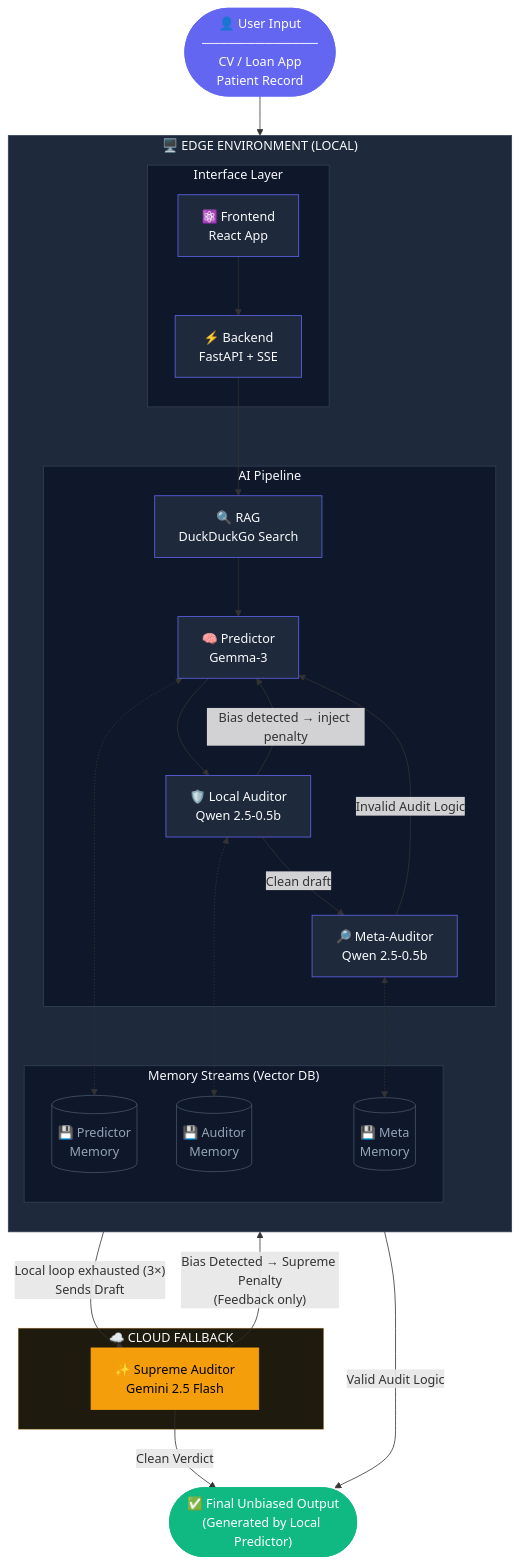
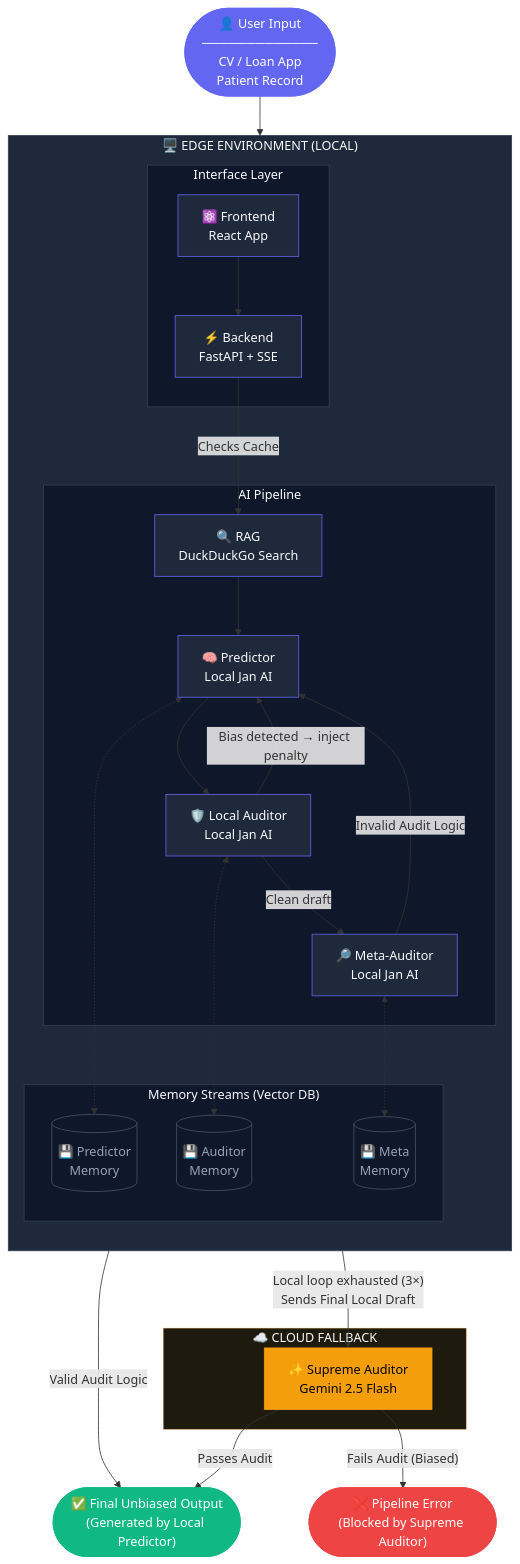
Before and after one commit to SayanSantra-t/unbaised_AI: the diagram in README.md, drawn with Mermaid.

````diff
--- a/README.md
+++ b/README.md
@@ -11,71 +11,74 @@
 ```mermaid
 flowchart TD
     User(["👤 User Input\n─────────────\nCV / Loan App\nPatient Record"])
 
     subgraph EDGE["🖥️ EDGE ENVIRONMENT (LOCAL)"]
         direction TB
 
         subgraph UI["Interface Layer"]
             FE["⚛️ Frontend\nReact App"]
             BE["⚡ Backend\nFastAPI + SSE"]
         end
 
         subgraph PIPELINE["AI Pipeline"]
             RAG["🔍 RAG\nDuckDuckGo Search"]
-            PRED["🧠 Predictor\nGemma-3"]
-            AUD["🛡️ Local Auditor\nQwen 2.5-0.5b"]
-            META["🔎 Meta-Auditor\nQwen 2.5-0.5b"]
+            PRED["🧠 Predictor\nLocal Jan AI"]
+            AUD["🛡️ Local Auditor\nLocal Jan AI"]
+            META["🔎 Meta-Auditor\nLocal Jan AI"]
         end
 
         subgraph MEMORY["Memory Streams (Vector DB)"]
             VM1[("💾 Predictor\nMemory")]
             VM2[("💾 Auditor\nMemory")]
             VM3[("💾 Meta\nMemory")]
         end
     end
 
     subgraph CLOUD["☁️ CLOUD FALLBACK"]
         SUP["✨ Supreme Auditor\nGemini 2.5 Flash"]
     end
 
     RESULT(["✅ Final Unbiased Output\n(Generated by Local Predictor)"])
+    FAIL(["❌ Pipeline Error\n(Blocked by Supreme Auditor)"])
 
+    %% Main Flow
     User --> FE --> BE
-    BE --> RAG
+    BE -->|Checks Cache| RAG
     RAG --> PRED
     PRED --> AUD
     
-    %% Local Loop Logic
+    %% Local Loop Logic (Max 3x)
     AUD -- "Bias detected → inject penalty" --> PRED
     AUD -- "Clean draft" --> META
     META -- "Invalid Audit Logic" --> PRED
     META -- "Valid Audit Logic" --> RESULT
 
     %% Vector DB Connections
     PRED <-.-> VM1
     AUD  <-.-> VM2
     META <-.-> VM3
 
-    %% Corrected Supreme Fallback Logic
-    AUD -- "Local loop exhausted (3×)\nSends Draft" --> SUP
-    SUP -- "Bias Detected → Supreme Penalty\n(Feedback only)" --> PRED
-    SUP -- "Clean Verdict" --> RESULT
+    %% Accurate Supreme Fallback Logic based on main.py
+    AUD -- "Local loop exhausted (3×)\nSends Final Local Draft" --> SUP
+    SUP -- "Passes Audit" --> RESULT
+    SUP -- "Fails Audit (Biased)" --> FAIL
 
     style EDGE fill:#1e293b,stroke:#334155,color:#f8fafc
     style CLOUD fill:#1e1a0e,stroke:#f59e0b55,color:#f8fafc
     style PIPELINE fill:#0f172a,stroke:#334155,color:#f8fafc
     style UI fill:#0f172a,stroke:#334155,color:#f8fafc
     style MEMORY fill:#0f172a,stroke:#334155,color:#f8fafc
     style User fill:#6366f1,stroke:#6366f1,color:#fff
     style RESULT fill:#10b981,stroke:#10b981,color:#fff
+    style FAIL fill:#ef4444,stroke:#ef4444,color:#fff
     style SUP fill:#f59e0b,stroke:#f59e0b,color:#000
     style FE fill:#1e293b,stroke:#6366f1,color:#f8fafc
     style BE fill:#1e293b,stroke:#6366f1,color:#f8fafc
     style RAG fill:#1e293b,stroke:#6366f1,color:#f8fafc
     style PRED fill:#1e293b,stroke:#6366f1,color:#f8fafc
     style AUD fill:#1e293b,stroke:#6366f1,color:#f8fafc
     style META fill:#1e293b,stroke:#6366f1,color:#f8fafc
     style VM1 fill:#0f172a,stroke:#475569,color:#94a3b8
     style VM2 fill:#0f172a,stroke:#475569,color:#94a3b8
     style VM3 fill:#0f172a,stroke:#475569,color:#94a3b8
 ```
````
